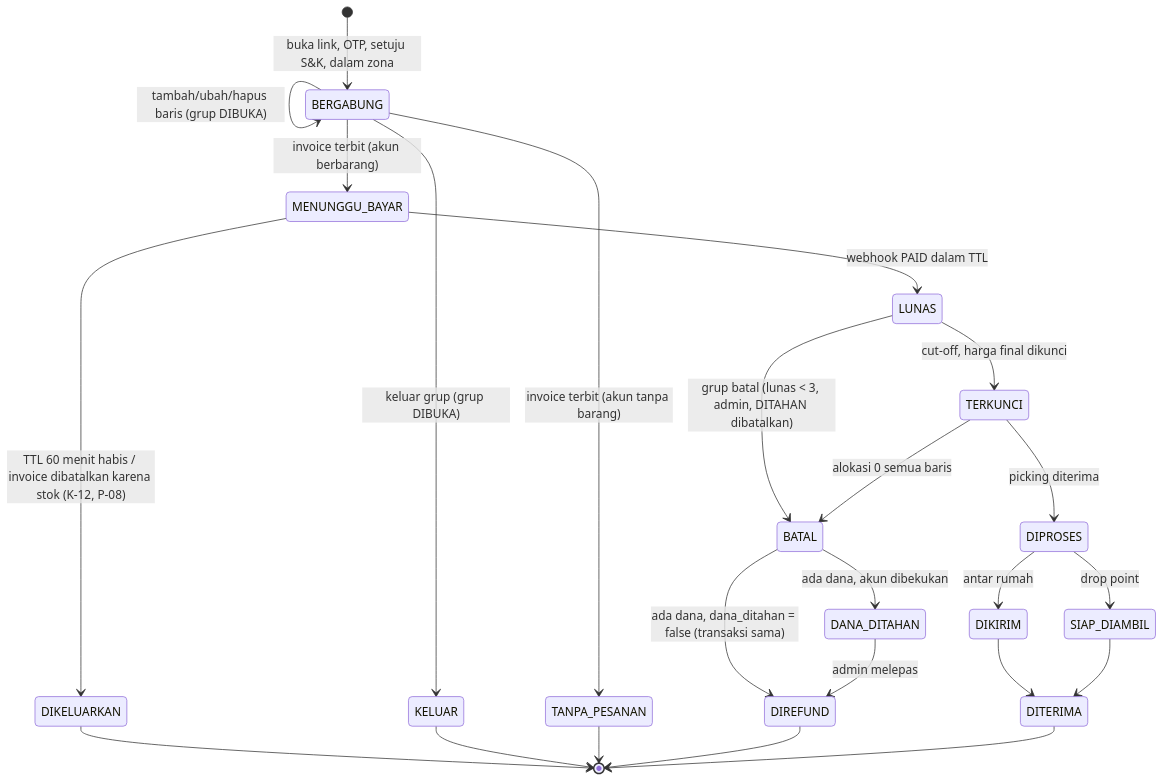
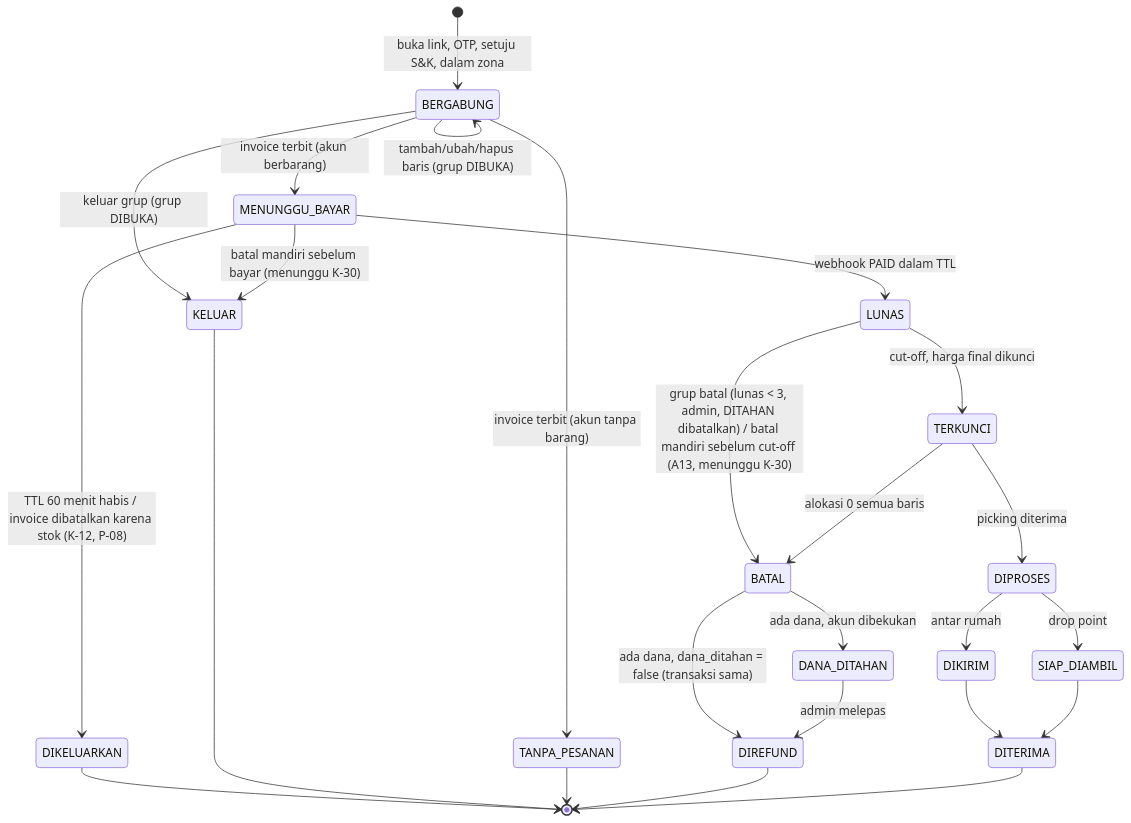
Before and after one commit to nirmalaniskalanalakamoirai-ai/Nekat-App: the second of 2 diagrams in docs/flow/group-order.md, drawn with Mermaid. The commit also changed other lines of this file and 2 other files, not shown here.

````diff
--- a/docs/flow/group-order.md
+++ b/docs/flow/group-order.md
@@ -129,26 +130,27 @@
 ```mermaid
 stateDiagram-v2
     [*] --> BERGABUNG: buka link, OTP, setuju S&K, dalam zona
     BERGABUNG --> BERGABUNG: tambah/ubah/hapus baris (grup DIBUKA)
     BERGABUNG --> KELUAR: keluar grup (grup DIBUKA)
     BERGABUNG --> MENUNGGU_BAYAR: invoice terbit (akun berbarang)
     BERGABUNG --> TANPA_PESANAN: invoice terbit (akun tanpa barang)
     MENUNGGU_BAYAR --> LUNAS: webhook PAID dalam TTL
     MENUNGGU_BAYAR --> DIKELUARKAN: TTL 60 menit habis / invoice dibatalkan karena stok (K-12, P-08)
-    LUNAS --> BATAL: grup batal (lunas < 3, admin, DITAHAN dibatalkan)
+    LUNAS --> BATAL: grup batal (lunas < 3, admin, DITAHAN dibatalkan) / batal mandiri sebelum cut-off (A13, menunggu K-30)
+    MENUNGGU_BAYAR --> KELUAR: batal mandiri sebelum bayar (menunggu K-30)
     LUNAS --> TERKUNCI: cut-off, harga final dikunci
     TERKUNCI --> DIPROSES: picking diterima
     TERKUNCI --> BATAL: alokasi 0 semua baris
     DIPROSES --> DIKIRIM: antar rumah
     DIPROSES --> SIAP_DIAMBIL: drop point
     DIKIRIM --> DITERIMA
     SIAP_DIAMBIL --> DITERIMA
     BATAL --> DIREFUND: ada dana, dana_ditahan = false (transaksi sama)
     BATAL --> DANA_DITAHAN: ada dana, akun dibekukan
     DANA_DITAHAN --> DIREFUND: admin melepas
     DIKELUARKAN --> [*]
     KELUAR --> [*]
     TANPA_PESANAN --> [*]
     DIREFUND --> [*]
     DITERIMA --> [*]
 ```
````
